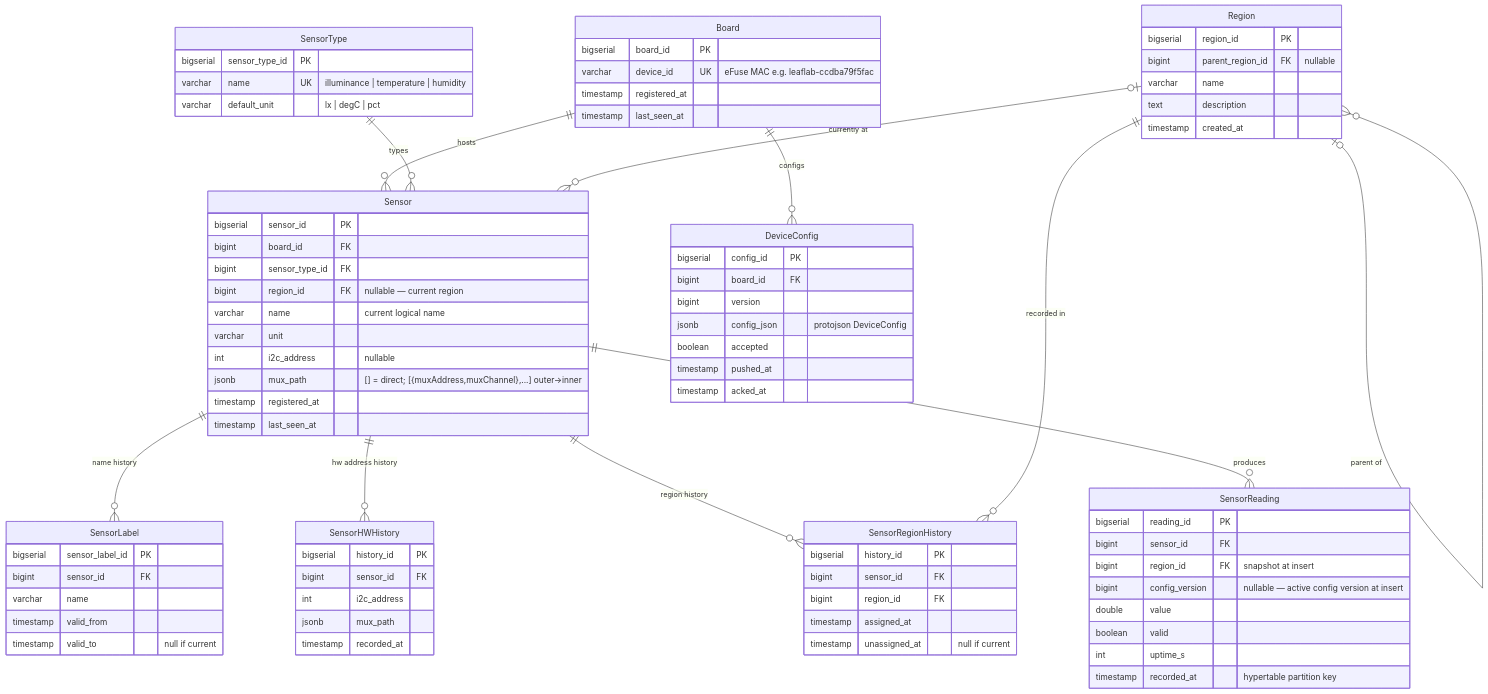
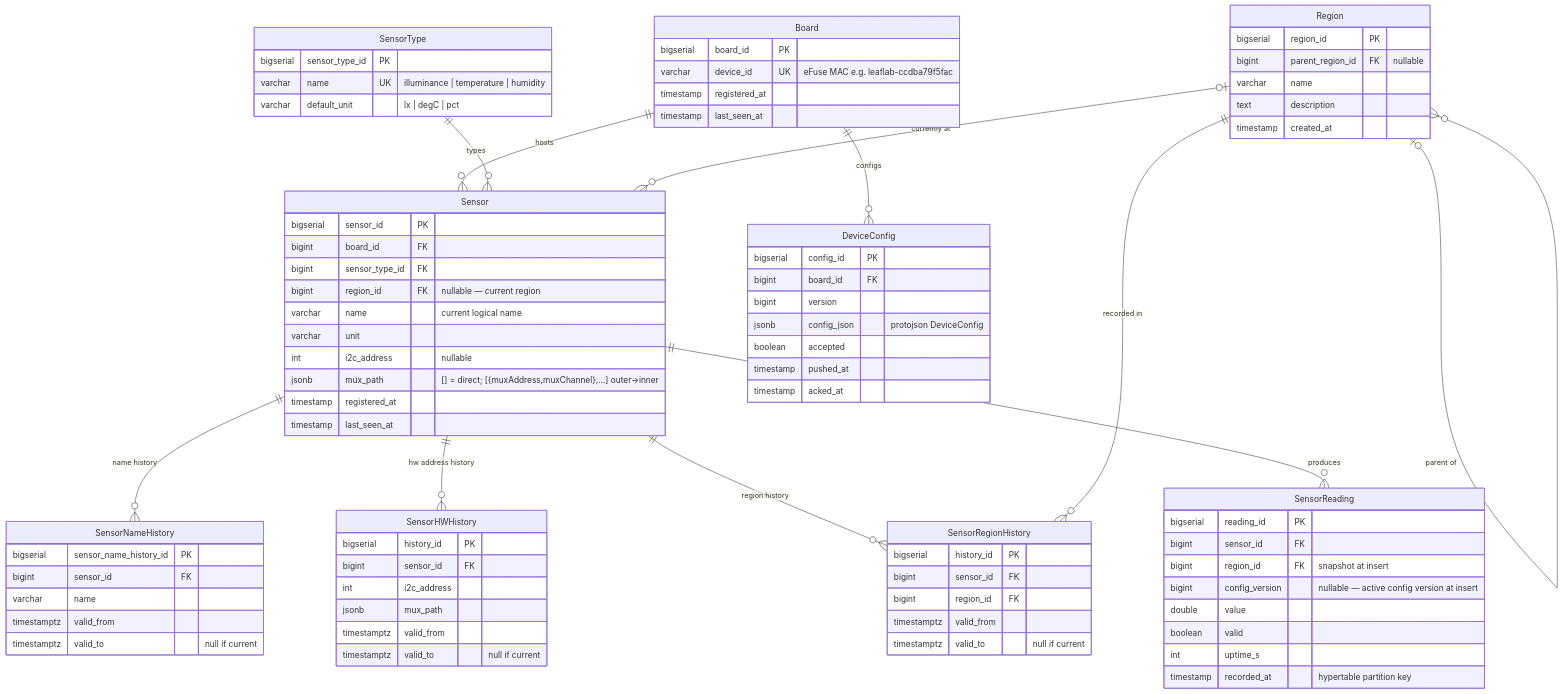
The diagram in leaflab/README.md (whale-net/everything), drawn with Mermaid before and after one commit. The commit also changed other lines of this file and 5 other files, not shown here.

Commit message:
docs(leaflab): update schema docs and SCD2 agent instructions for view layer

```diff
--- a/leaflab/README.md
+++ b/leaflab/README.md
@@ -88,12 +88,12 @@
         timestamp last_seen_at
     }
 
-    SensorLabel {
-        bigserial sensor_label_id PK
+    SensorNameHistory {
+        bigserial sensor_name_history_id PK
         bigint sensor_id FK
         varchar name
-        timestamp valid_from
-        timestamp valid_to "null if current"
+        timestamptz valid_from
+        timestamptz valid_to "null if current"
     }
 
     SensorHWHistory {
@@ -101,7 +101,8 @@
         bigint sensor_id FK
         int i2c_address
         jsonb mux_path
-        timestamp recorded_at
+        timestamptz valid_from
+        timestamptz valid_to "null if current"
     }
 
     Region {
@@ -116,8 +117,8 @@
         bigserial history_id PK
         bigint sensor_id FK
         bigint region_id FK
-        timestamp assigned_at
-        timestamp unassigned_at "null if current"
+        timestamptz valid_from
+        timestamptz valid_to "null if current"
     }
 
     DeviceConfig {
@@ -145,7 +146,7 @@
     SensorType ||--o{ Sensor : "types"
     Region |o--o{ Sensor : "currently at"
     Region |o--o{ Region : "parent of"
-    Sensor ||--o{ SensorLabel : "name history"
+    Sensor ||--o{ SensorNameHistory : "name history"
     Sensor ||--o{ SensorHWHistory : "hw address history"
     Sensor ||--o{ SensorRegionHistory : "region history"
     Region ||--o{ SensorRegionHistory : "recorded in"
```
